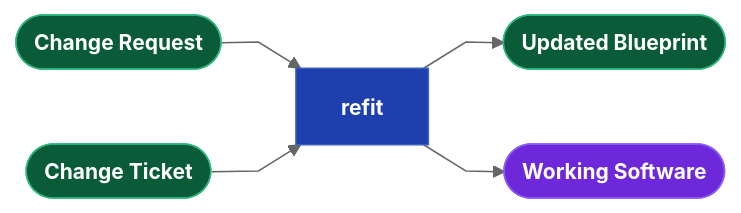
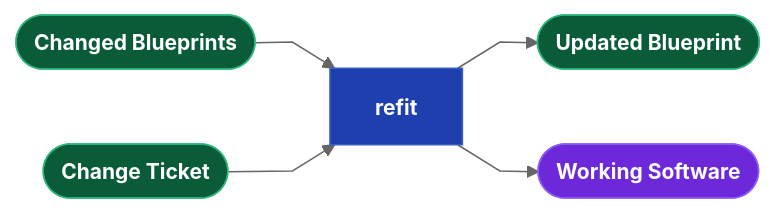
Before and after one commit to webcloudstudio/Drydock: the fifth of 6 diagrams in docs/Drydock_Specification.md, drawn with Mermaid. The commit also changed other lines of this file and 17 other files, not shown here.

````diff
--- a/docs/Drydock_Specification.md
+++ b/docs/Drydock_Specification.md
@@ -715,15 +703,15 @@
 ```mermaid
 %%{init: {'theme': 'neutral', 'flowchart': {'curve': 'linear'}, 'themeVariables': {'fontSize': '14px'}}}%%
 flowchart LR
   classDef dir    fill:#0a5c38,stroke:#2cb67d,color:#fff,font-weight:bold
   classDef md     fill:#d4a017,stroke:#a07810,color:#111,font-weight:bold
   classDef script fill:#1e40af,stroke:#3b5fc0,color:#fff,font-weight:bold
   classDef prompt fill:#c2410c,stroke:#ea580c,color:#fff,font-weight:bold
   classDef output fill:#6d28d9,stroke:#8b5cf6,color:#fff,font-weight:bold
   classDef web    fill:#be123c,stroke:#fb7185,color:#fff,font-weight:bold
 
-  CHANGE(["Change Request"]):::dir --> REFIT["refit"]:::script
+  CHANGE(["Changed Blueprints"]):::dir --> REFIT["refit"]:::script
   Ticket(["Change Ticket"]):::dir --> REFIT
   REFIT --> SPECOUT(["Updated Blueprint"]):::dir
   REFIT --> SOFTWARE(["Working Software"]):::output
 ```
````
